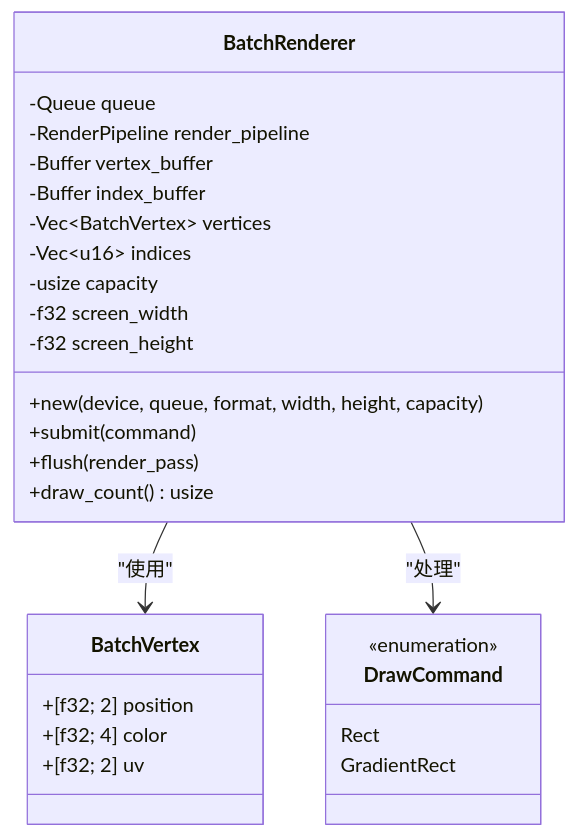
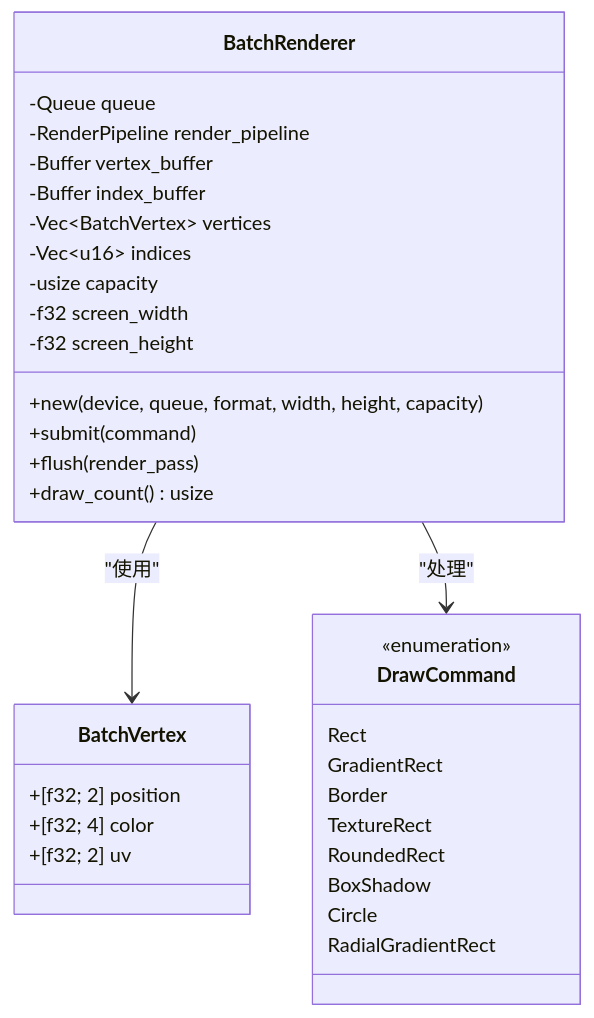
One commit to itszzl-sudo/iris changed the seventh of 14 diagrams in .qoder/repowiki/zh/content/技术架构详解/整体架构设计/Iris运行时协调器.md. Above: the diagram before and after it, drawn with Mermaid. The commit also changed other lines of this file and 6 other files, not shown here.

````diff
--- a/.qoder/repowiki/zh/content/技术架构详解/整体架构设计/Iris运行时协调器.md
+++ b/.qoder/repowiki/zh/content/技术架构详解/整体架构设计/Iris运行时协调器.md
@@ -381,30 +395,36 @@
 ```mermaid
 classDiagram
 class BatchRenderer {
 -Queue queue
 -RenderPipeline render_pipeline
 -Buffer vertex_buffer
 -Buffer index_buffer
 -Vec~BatchVertex~ vertices
 -Vec~u16~ indices
 -usize capacity
 -f32 screen_width
 -f32 screen_height
 +new(device, queue, format, width, height, capacity)
 +submit(command)
 +flush(render_pass)
 +draw_count() usize
 }
 class BatchVertex {
 +[f32; 2] position
 +[f32; 4] color
 +[f32; 2] uv
 }
 class DrawCommand {
 <<enumeration>>
 Rect
 GradientRect
+Border
+TextureRect
+RoundedRect
+BoxShadow
+Circle
+RadialGradientRect
 }
 BatchRenderer --> BatchVertex : "使用"
 BatchRenderer --> DrawCommand : "处理"
 ```
````
